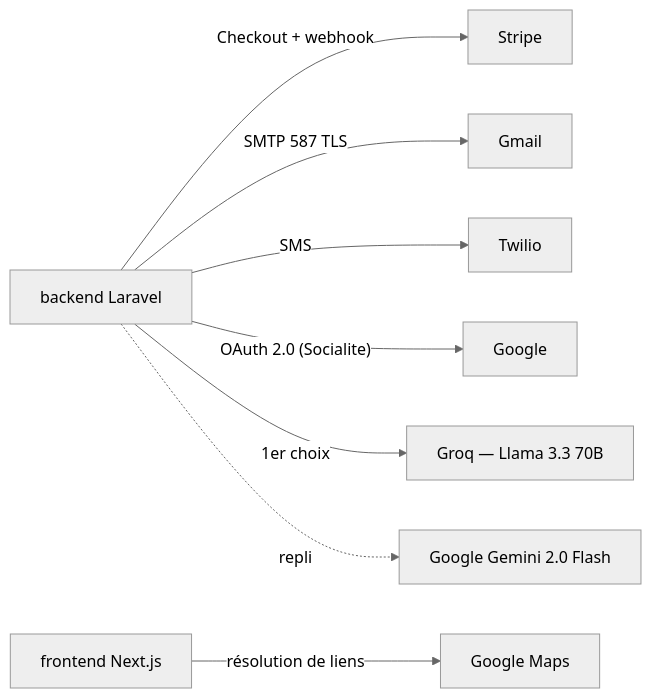
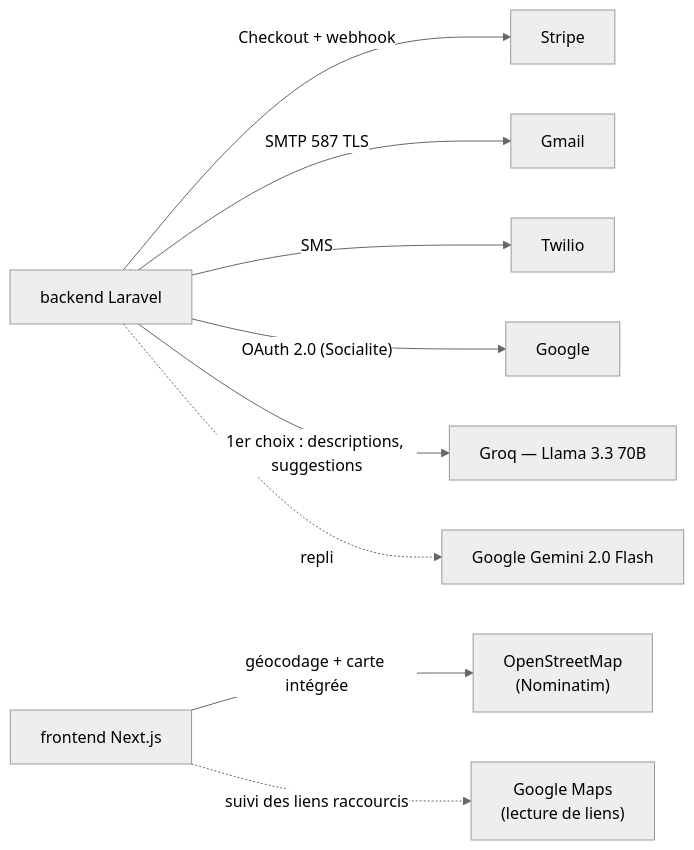
The second of 6 diagrams in ARCHITECTURE.md (Itssafa/DomtekApp), drawn with Mermaid (neutral theme) before and after one commit. The commit also changed other lines of this file and 1 other file, not shown here.

````diff
--- a/ARCHITECTURE.md
+++ b/ARCHITECTURE.md
@@ -112,10 +112,11 @@
 ```mermaid
 flowchart LR
     B["backend Laravel"] -->|"Checkout + webhook"| ST["Stripe"]
     B -->|"SMTP 587 TLS"| GM["Gmail"]
     B -->|"SMS"| TW["Twilio"]
     B -->|"OAuth 2.0 (Socialite)"| GO["Google"]
-    B -->|"1er choix"| GR["Groq — Llama 3.3 70B"]
+    B -->|"1er choix : descriptions, suggestions"| GR["Groq — Llama 3.3 70B"]
     B -.->|"repli"| GE["Google Gemini 2.0 Flash"]
-    F["frontend Next.js"] -->|"résolution de liens"| MA["Google Maps"]
+    F["frontend Next.js"] -->|"géocodage + carte intégrée"| OS["OpenStreetMap<br/>(Nominatim)"]
+    F -.->|"suivi des liens raccourcis"| MA["Google Maps<br/>(lecture de liens)"]
 ```
````
